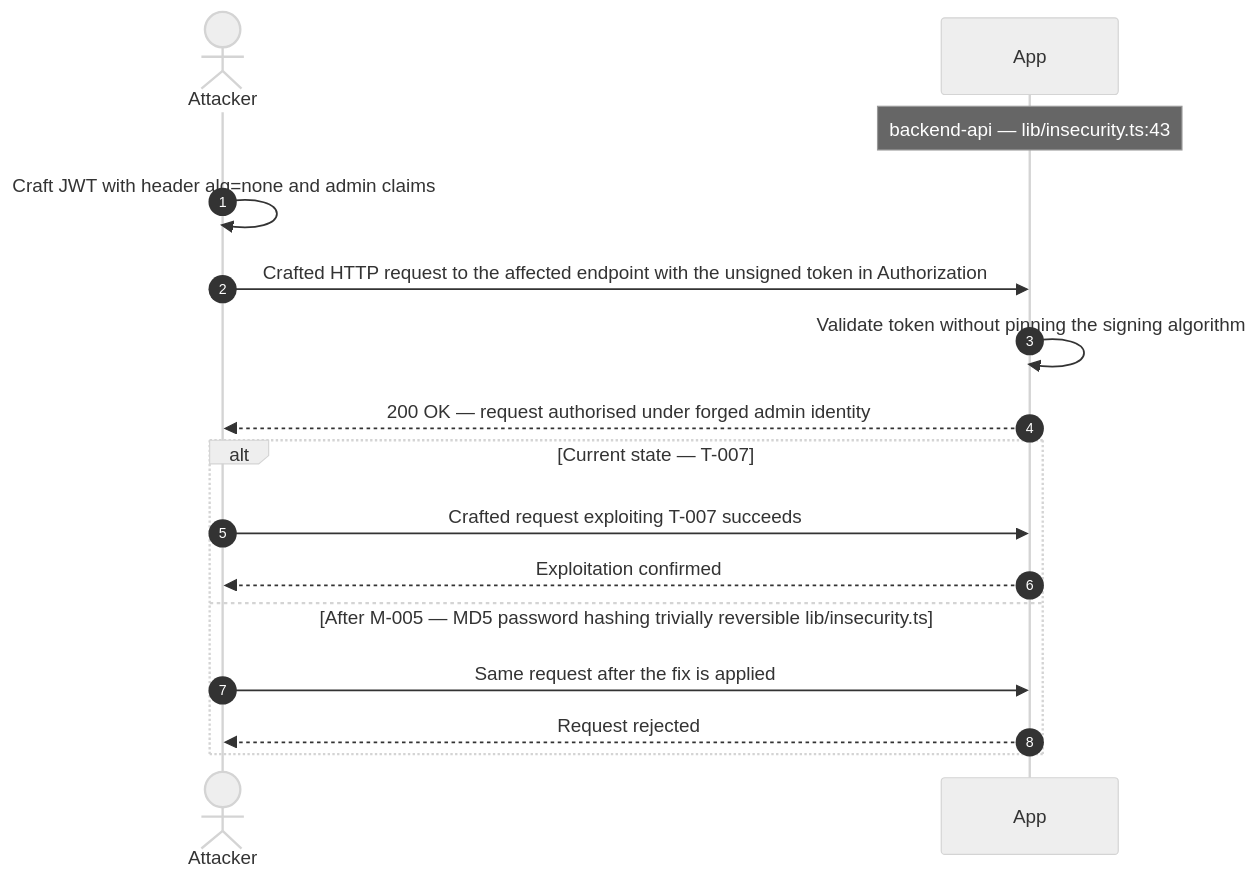
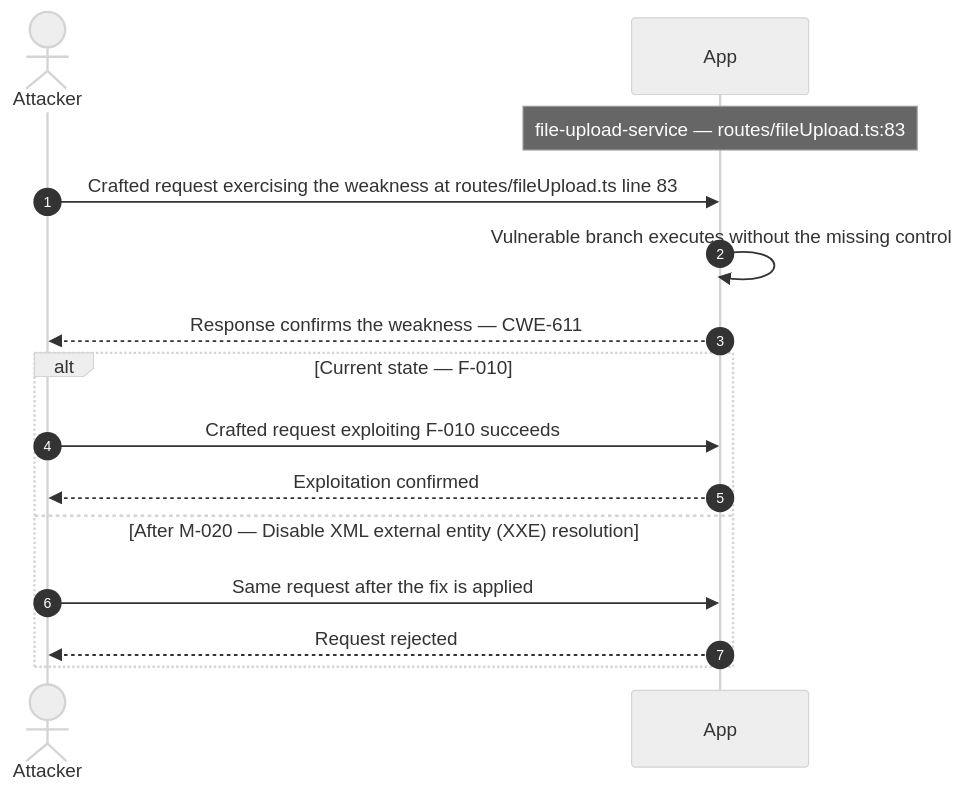
Before and after one commit to appsec-foundry/appsec-advisor: the eighth of 12 diagrams in tests/fixtures/e2e/_repair-run/.fragments/_chain-skeleton.md, drawn with Mermaid (neutral theme). The commit also changed other lines of this file and 184 other files, not shown here.

````diff
--- a/tests/fixtures/e2e/_repair-run/.fragments/_chain-skeleton.md
+++ b/tests/fixtures/e2e/_repair-run/.fragments/_chain-skeleton.md
@@ -258,18 +294,17 @@
 ```mermaid
 sequenceDiagram
     autonumber
     actor Attacker
     participant App
-    Note over App: backend-api — lib/insecurity.ts:43
-    Attacker->>Attacker: Craft JWT with header alg=none and admin claims
-    Attacker->>App: Crafted HTTP request to the affected endpoint with the unsigned token in Authorization
-    App->>App: Validate token without pinning the signing algorithm
-    App-->>Attacker: 200 OK — request authorised under forged admin identity
-    alt Current state — T-007
-        Attacker->>App: Crafted request exploiting T-007 succeeds
+    Note over App: file-upload-service — routes/fileUpload.ts:83
+    Attacker->>App: Crafted request exercising the weakness at routes/fileUpload.ts line 83
+    App->>App: Vulnerable branch executes without the missing control
+    App-->>Attacker: Response confirms the weakness — CWE-611
+    alt Current state — F-010
+        Attacker->>App: Crafted request exploiting F-010 succeeds
         App-->>Attacker: Exploitation confirmed
-    else After M-005 — MD5 password hashing trivially reversible lib/insecurity.ts
+    else After M-020 — Disable XML external entity (XXE) resolution
         Attacker->>App: Same request after the fix is applied
         App-->>Attacker: Request rejected
     end
 ```
````
